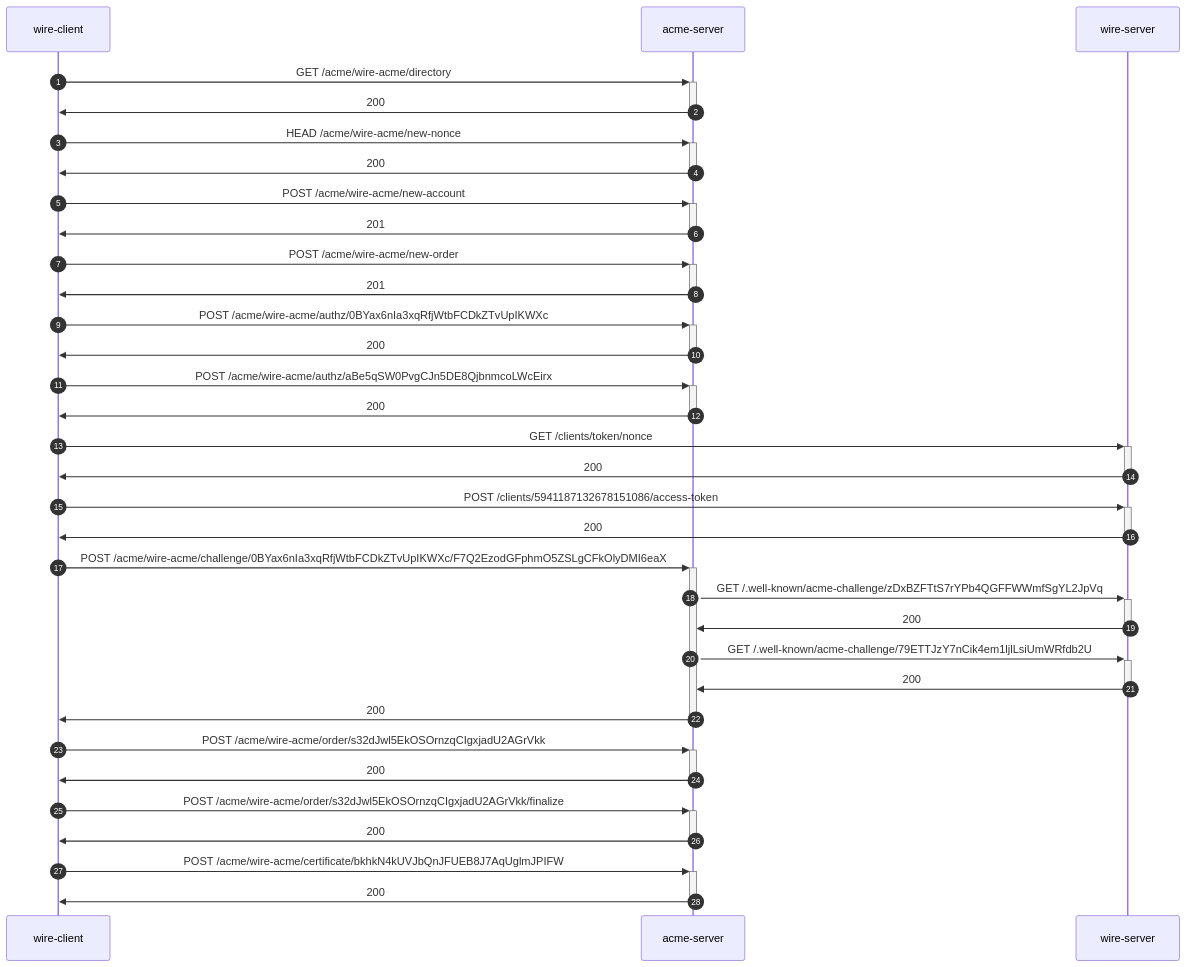
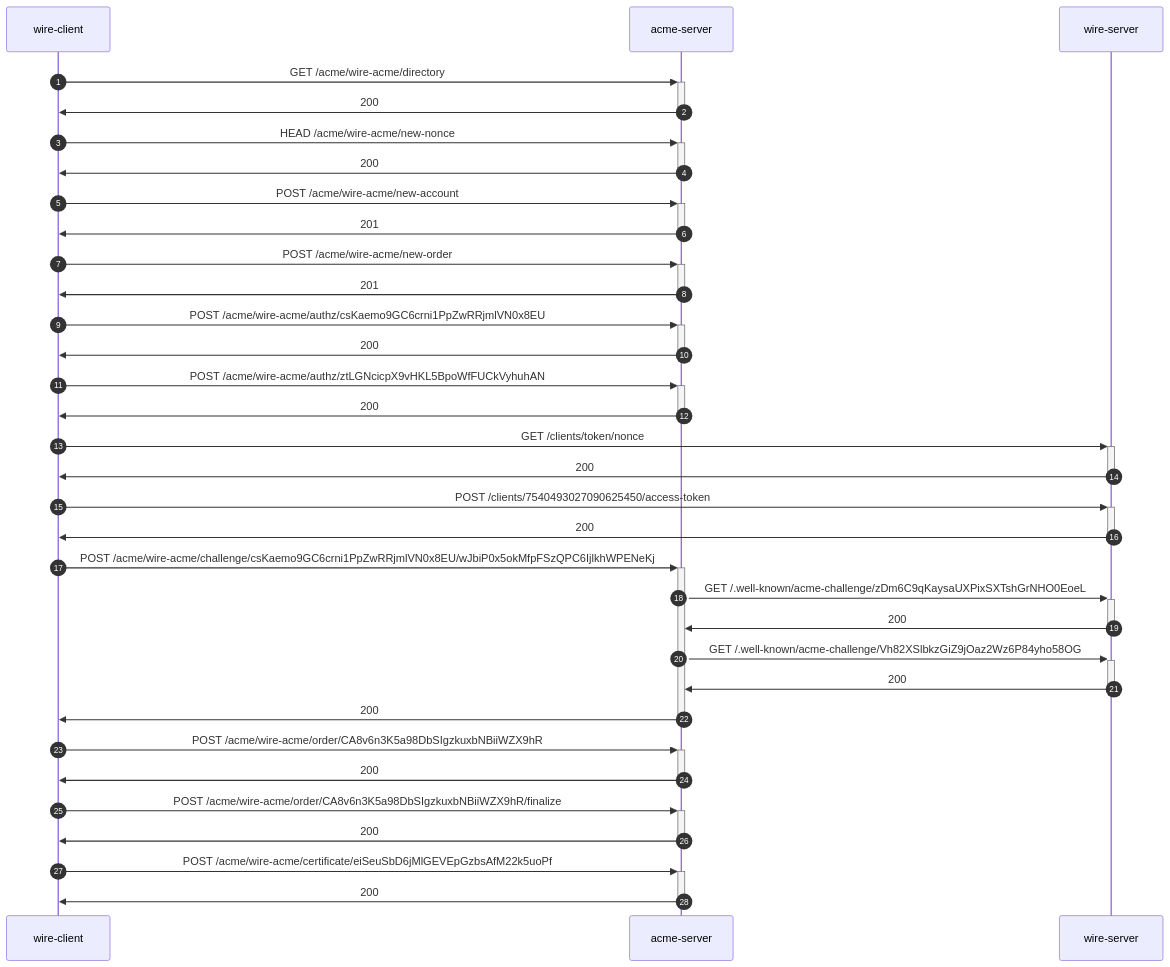
Before and after one commit to wireapp/rusty-jwt-tools: the second of 3 diagrams in e2e-identity/README.md, drawn with Mermaid. The commit also changed other lines of this file and 13 other files, not shown here.

````diff
--- a/e2e-identity/README.md
+++ b/e2e-identity/README.md
@@ -488,32 +488,32 @@
 ```mermaid
 sequenceDiagram
     autonumber
     wire-client->>+acme-server: GET /acme/wire-acme/directory
     acme-server->>-wire-client: 200
     wire-client->>+acme-server: HEAD /acme/wire-acme/new-nonce
     acme-server->>-wire-client: 200
     wire-client->>+acme-server: POST /acme/wire-acme/new-account
     acme-server->>-wire-client: 201
     wire-client->>+acme-server: POST /acme/wire-acme/new-order
     acme-server->>-wire-client: 201
-    wire-client->>+acme-server: POST /acme/wire-acme/authz/0BYax6nIa3xqRfjWtbFCDkZTvUpIKWXc
+    wire-client->>+acme-server: POST /acme/wire-acme/authz/csKaemo9GC6crni1PpZwRRjmlVN0x8EU
     acme-server->>-wire-client: 200
-    wire-client->>+acme-server: POST /acme/wire-acme/authz/aBe5qSW0PvgCJn5DE8QjbnmcoLWcEirx
+    wire-client->>+acme-server: POST /acme/wire-acme/authz/ztLGNcicpX9vHKL5BpoWfFUCkVyhuhAN
     acme-server->>-wire-client: 200
     wire-client->>+wire-server: GET /clients/token/nonce
     wire-server->>-wire-client: 200
-    wire-client->>+wire-server: POST /clients/5941187132678151086/access-token
+    wire-client->>+wire-server: POST /clients/7540493027090625450/access-token
     wire-server->>-wire-client: 200
-    wire-client->>+acme-server: POST /acme/wire-acme/challenge/0BYax6nIa3xqRfjWtbFCDkZTvUpIKWXc/F7Q2EzodGFphmO5ZSLgCFkOlyDMI6eaX
-    acme-server->>+wire-server: GET /.well-known/acme-challenge/zDxBZFTtS7rYPb4QGFFWWmfSgYL2JpVq
+    wire-client->>+acme-server: POST /acme/wire-acme/challenge/csKaemo9GC6crni1PpZwRRjmlVN0x8EU/wJbiP0x5okMfpFSzQPC6IjlkhWPENeKj
+    acme-server->>+wire-server: GET /.well-known/acme-challenge/zDm6C9qKaysaUXPixSXTshGrNHO0EoeL
     wire-server->>-acme-server: 200
-    acme-server->>+wire-server: GET /.well-known/acme-challenge/79ETTJzY7nCik4em1ljlLsiUmWRfdb2U
+    acme-server->>+wire-server: GET /.well-known/acme-challenge/Vh82XSlbkzGiZ9jOaz2Wz6P84yho58OG
     wire-server->>-acme-server: 200
     acme-server->>-wire-client: 200
-    wire-client->>+acme-server: POST /acme/wire-acme/order/s32dJwl5EkOSOrnzqCIgxjadU2AGrVkk
+    wire-client->>+acme-server: POST /acme/wire-acme/order/CA8v6n3K5a98DbSIgzkuxbNBiiWZX9hR
     acme-server->>-wire-client: 200
-    wire-client->>+acme-server: POST /acme/wire-acme/order/s32dJwl5EkOSOrnzqCIgxjadU2AGrVkk/finalize
+    wire-client->>+acme-server: POST /acme/wire-acme/order/CA8v6n3K5a98DbSIgzkuxbNBiiWZX9hR/finalize
     acme-server->>-wire-client: 200
-    wire-client->>+acme-server: POST /acme/wire-acme/certificate/bkhkN4kUVJbQnJFUEB8J7AqUglmJPIFW
+    wire-client->>+acme-server: POST /acme/wire-acme/certificate/eiSeuSbD6jMlGEVEpGzbsAfM22k5uoPf
     acme-server->>-wire-client: 200
 ```
````
